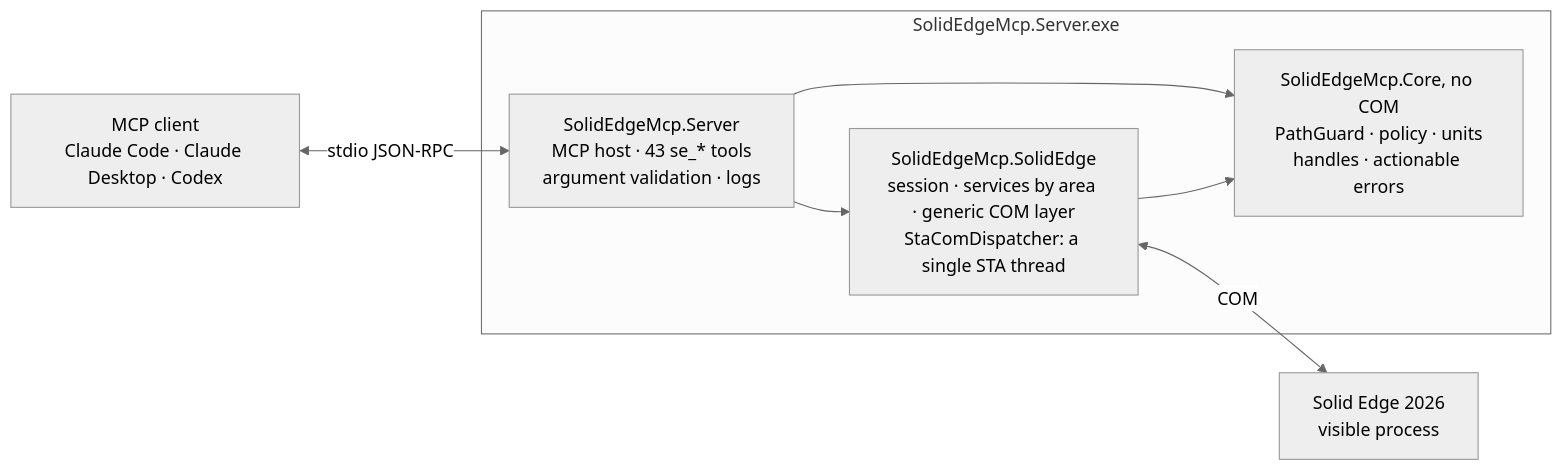
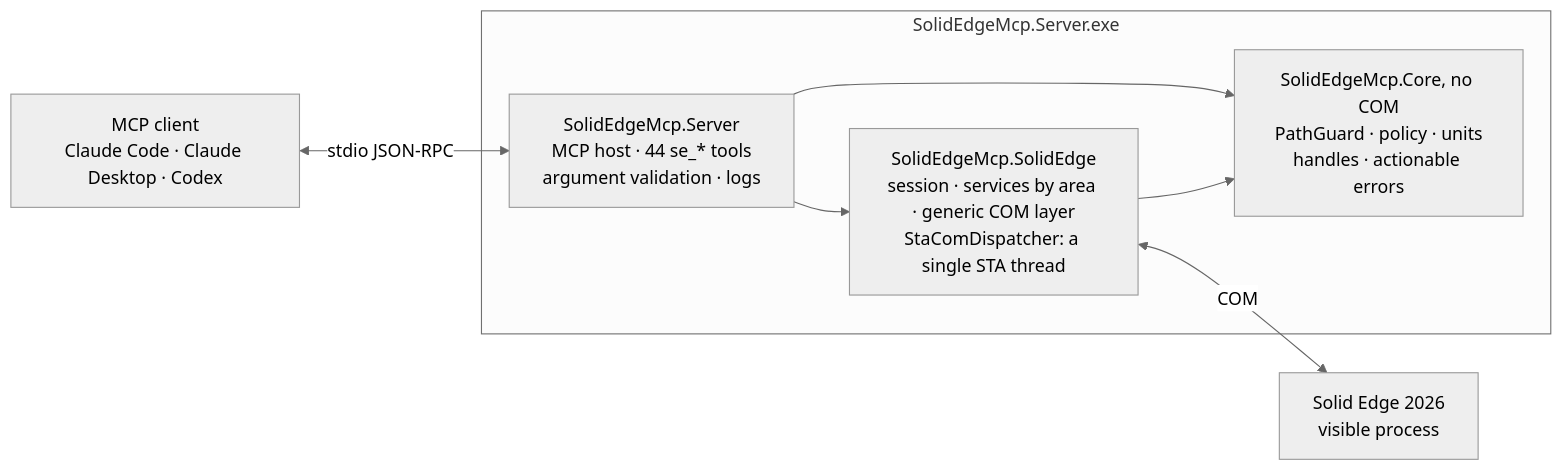
One commit to gabichuuuuu/solid-edge-mcp changed the diagram in README.md. Above: the diagram before and after it, drawn with Mermaid (neutral theme). The commit also changed other lines of this file and 7 other files, not shown here.

````diff
--- a/README.md
+++ b/README.md
@@ -140,18 +141,18 @@
 ```mermaid
 flowchart LR
     client["MCP client<br/>Claude Code · Claude Desktop · Codex"]
 
     subgraph exe ["SolidEdgeMcp.Server.exe"]
-        server["SolidEdgeMcp.Server<br/>MCP host · 43 se_* tools<br/>argument validation · logs"]
+        server["SolidEdgeMcp.Server<br/>MCP host · 44 se_* tools<br/>argument validation · logs"]
         se["SolidEdgeMcp.SolidEdge<br/>session · services by area · generic COM layer<br/>StaComDispatcher: a single STA thread"]
         core["SolidEdgeMcp.Core, no COM<br/>PathGuard · policy · units<br/>handles · actionable errors"]
         server --> se
         server --> core
         se --> core
     end
 
     app["Solid Edge 2026<br/>visible process"]
 
     client <-->|stdio JSON-RPC| server
     se <-->|COM| app
 ```
````
